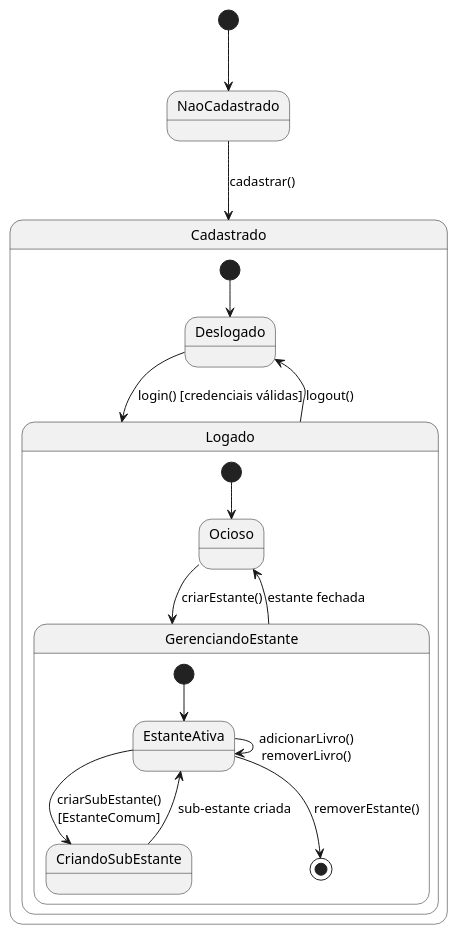
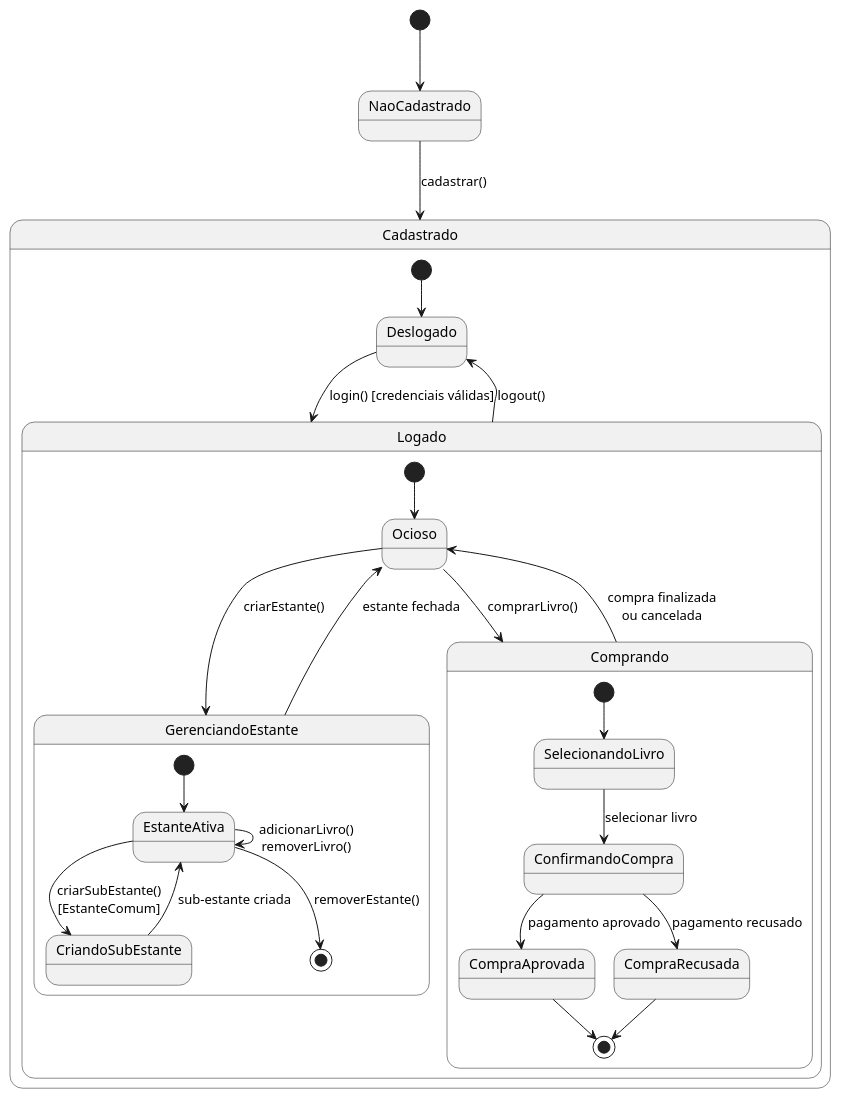
One commit to jalv21/iLib changed the diagram in docs/codigo-plantuml/diagramas-estados/dte-leitor.puml. Above: the diagram before and after it, drawn with PlantUML.

Commit message:
docs/criando ciclo de compra de livros

```diff
--- a/docs/codigo-plantuml/diagramas-estados/dte-leitor.puml
+++ b/docs/codigo-plantuml/diagramas-estados/dte-leitor.puml
@@ -1,34 +1,46 @@
 @startuml dte-leitor
 skinparam style strictuml
 
 [*] --> NaoCadastrado
 
 state NaoCadastrado {
 }
 
 NaoCadastrado --> Cadastrado : cadastrar()
 
 state Cadastrado {
     [*] --> Deslogado
     Deslogado --> Logado : login() [credenciais válidas]
     Logado --> Deslogado : logout()
 }
 
 state Logado {
     [*] --> Ocioso
 
     Ocioso --> GerenciandoEstante : criarEstante()
 
     state GerenciandoEstante {
         [*] --> EstanteAtiva
 
         EstanteAtiva --> EstanteAtiva : adicionarLivro()\nremoverLivro()
         EstanteAtiva --> CriandoSubEstante : criarSubEstante()\n[EstanteComum]
         CriandoSubEstante --> EstanteAtiva : sub-estante criada
 
         EstanteAtiva --> [*] : removerEstante()
     }
 
     GerenciandoEstante --> Ocioso : estante fechada
+
+    Ocioso --> Comprando : comprarLivro()
+
+    state Comprando {
+        [*] --> SelecionandoLivro
+        SelecionandoLivro --> ConfirmandoCompra : selecionar livro
+        ConfirmandoCompra --> CompraAprovada : pagamento aprovado
+        ConfirmandoCompra --> CompraRecusada : pagamento recusado
+        CompraAprovada --> [*]
+        CompraRecusada --> [*]
+    }
+    Comprando --> Ocioso : compra finalizada\nou cancelada
 }
 @enduml
```
